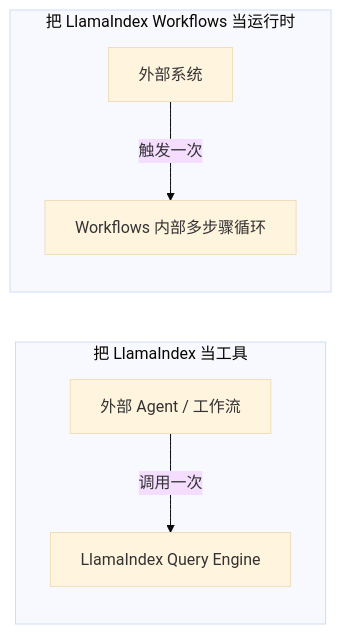
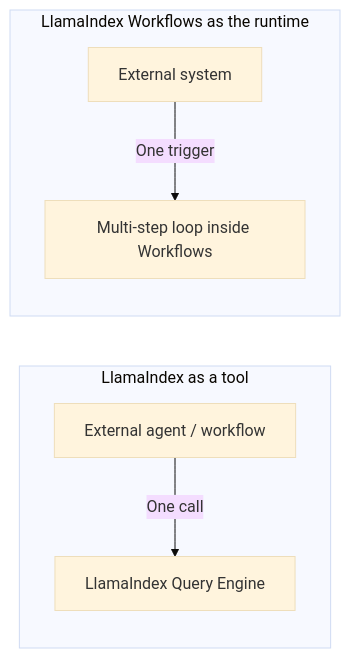
The second of 2 diagrams in docs/frameworks/02-llamaindex/15-query-engine-workflows.md (oneleaveknowsthefall/awesome-ai-roadmap), drawn with Mermaid (base theme) before and after one commit. The commit also changed other lines of this file and 70 other files, not shown here.

````diff
--- a/docs/frameworks/02-llamaindex/15-query-engine-workflows.md
+++ b/docs/frameworks/02-llamaindex/15-query-engine-workflows.md
@@ -86,9 +86,9 @@
 ```mermaid
 flowchart LR
-    subgraph A["把 LlamaIndex 当工具"]
-        A1["外部 Agent / 工作流"] -->|"调用一次"| A2["LlamaIndex Query Engine"]
+    subgraph A["LlamaIndex as a tool"]
+        A1["External agent / workflow"] -->|"One call"| A2["LlamaIndex Query Engine"]
     end
-    subgraph B["把 LlamaIndex Workflows 当运行时"]
-        B1["外部系统"] -->|"触发一次"| B2["Workflows 内部多步骤循环"]
+    subgraph B["LlamaIndex Workflows as the runtime"]
+        B1["External system"] -->|"One trigger"| B2["Multi-step loop inside Workflows"]
     end
 ```
````
